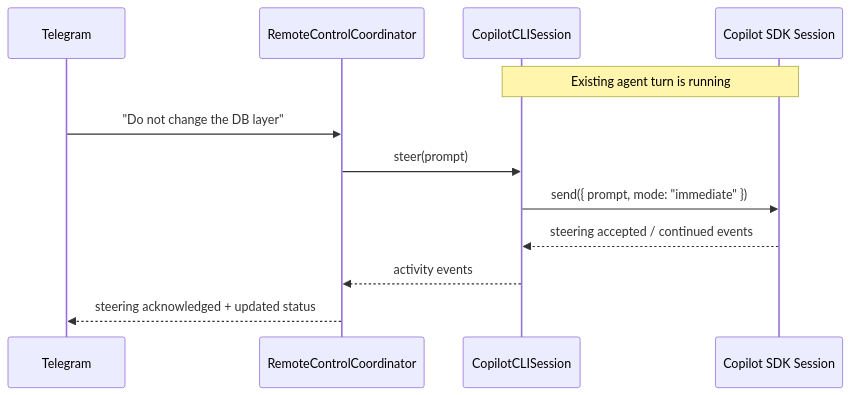
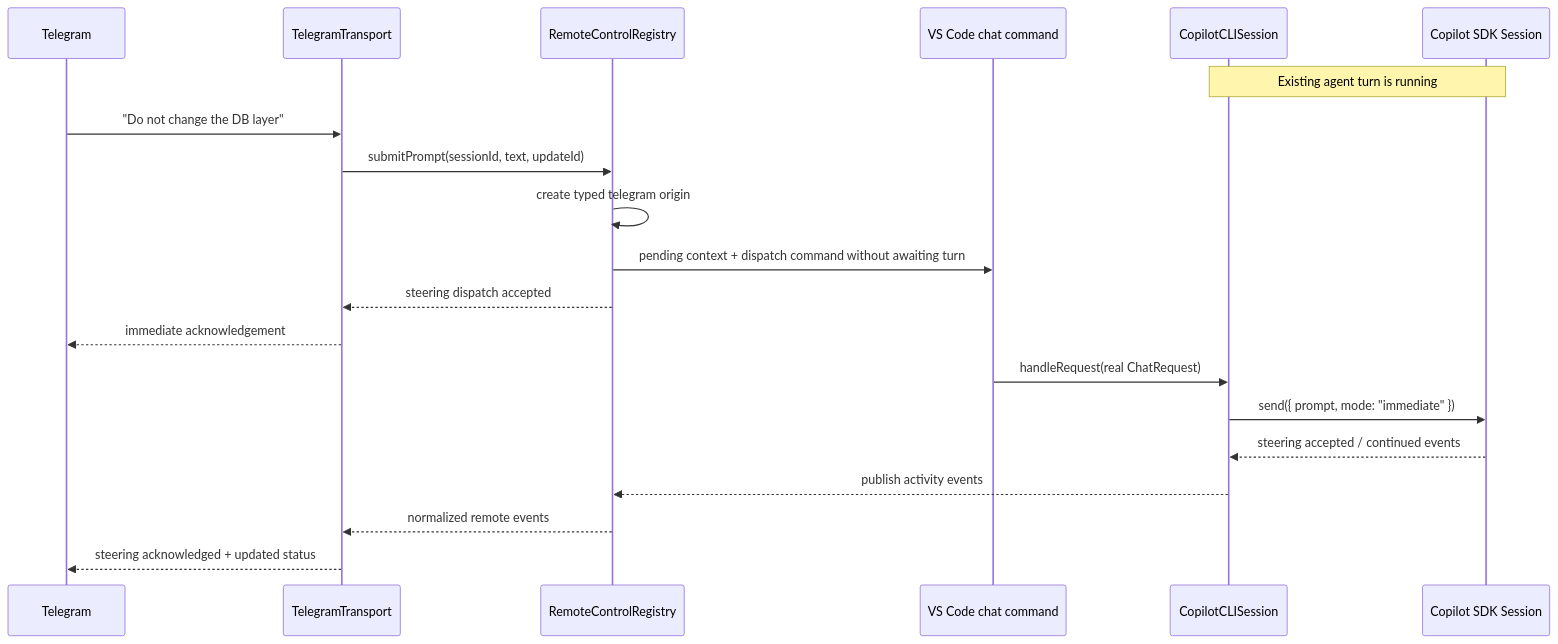
Before and after one commit to SachiHarshitha/vscode-telegram: the sixth of 14 diagrams in extensions/copilot/docs/telegram-remote/CALL_FLOWS.md, drawn with Mermaid. The commit also changed other lines of this file and 11 other files, not shown here.

````diff
--- a/extensions/copilot/docs/telegram-remote/CALL_FLOWS.md
+++ b/extensions/copilot/docs/telegram-remote/CALL_FLOWS.md
@@ -126,15 +140,23 @@
 ```mermaid
 sequenceDiagram
     participant T as Telegram
-    participant C as RemoteControlCoordinator
+    participant R as TelegramTransport
+    participant REG as RemoteControlRegistry
+    participant VS as VS Code chat command
     participant S as CopilotCLISession
     participant SDK as Copilot SDK Session
 
     Note over S,SDK: Existing agent turn is running
-    T->>C: "Do not change the DB layer"
-    C->>S: steer(prompt)
+    T->>R: "Do not change the DB layer"
+    R->>REG: submitPrompt(sessionId, text, updateId)
+    REG->>REG: create typed telegram origin
+    REG->>VS: pending context + dispatch command without awaiting turn
+    REG-->>R: steering dispatch accepted
+    R-->>T: immediate acknowledgement
+    VS->>S: handleRequest(real ChatRequest)
     S->>SDK: send({ prompt, mode: "immediate" })
     SDK-->>S: steering accepted / continued events
-    S-->>C: activity events
-    C-->>T: steering acknowledged + updated status
+    S-->>REG: publish activity events
+    REG-->>R: normalized remote events
+    R-->>T: steering acknowledged + updated status
 ```
````
